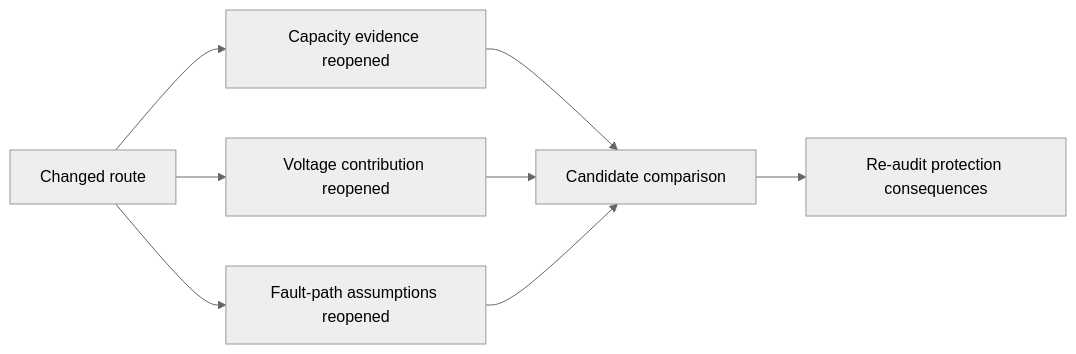
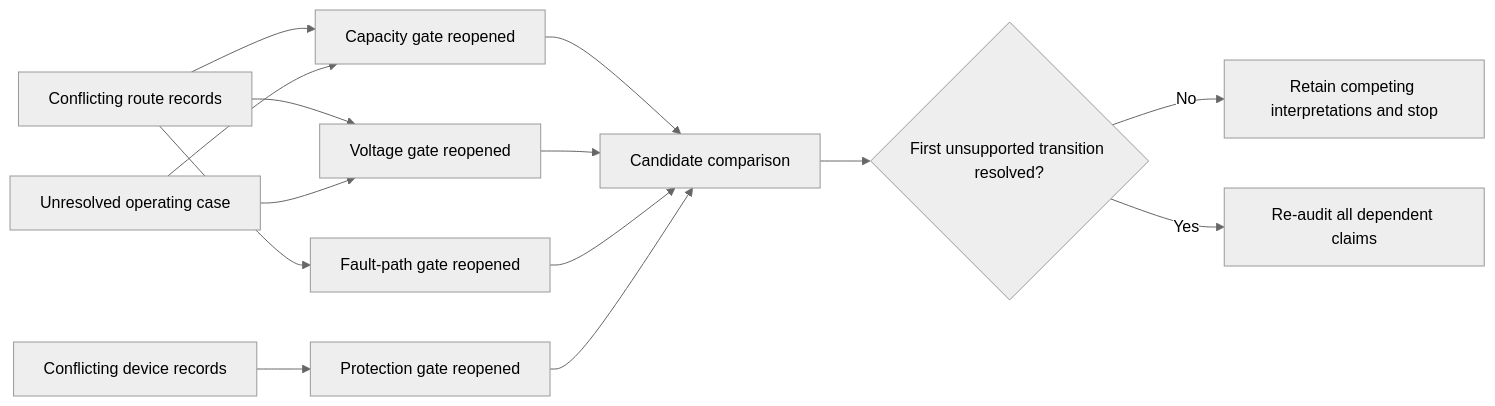
Before and after one commit to andrew3stedall/capstone: the second of 2 diagrams in docs/learning-plans/12-week/modules/day-34-integrated-protection-conductor-and-voltage-scenario.md, drawn with Mermaid (neutral theme). The commit also changed other lines of this file, not shown here.

````diff
--- a/docs/learning-plans/12-week/modules/day-34-integrated-protection-conductor-and-voltage-scenario.md
+++ b/docs/learning-plans/12-week/modules/day-34-integrated-protection-conductor-and-voltage-scenario.md
@@ -84,10 +114,16 @@
 ```mermaid
 flowchart LR
-    A[Changed route] --> B[Capacity evidence reopened]
-    A --> C[Voltage contribution reopened]
-    A --> D[Fault-path assumptions reopened]
-    B --> E[Candidate comparison]
-    C --> E
-    D --> E
-    E --> F[Re-audit protection consequences]
+    A[Conflicting route records] --> B[Capacity gate reopened]
+    A --> C[Voltage gate reopened]
+    A --> D[Fault-path gate reopened]
+    E[Conflicting device records] --> F[Protection gate reopened]
+    G[Unresolved operating case] --> B
+    G --> C
+    B --> H[Candidate comparison]
+    C --> H
+    D --> H
+    F --> H
+    H --> I{First unsupported transition resolved?}
+    I -->|No| J[Retain competing interpretations and stop]
+    I -->|Yes| K[Re-audit all dependent claims]
 ```
````
